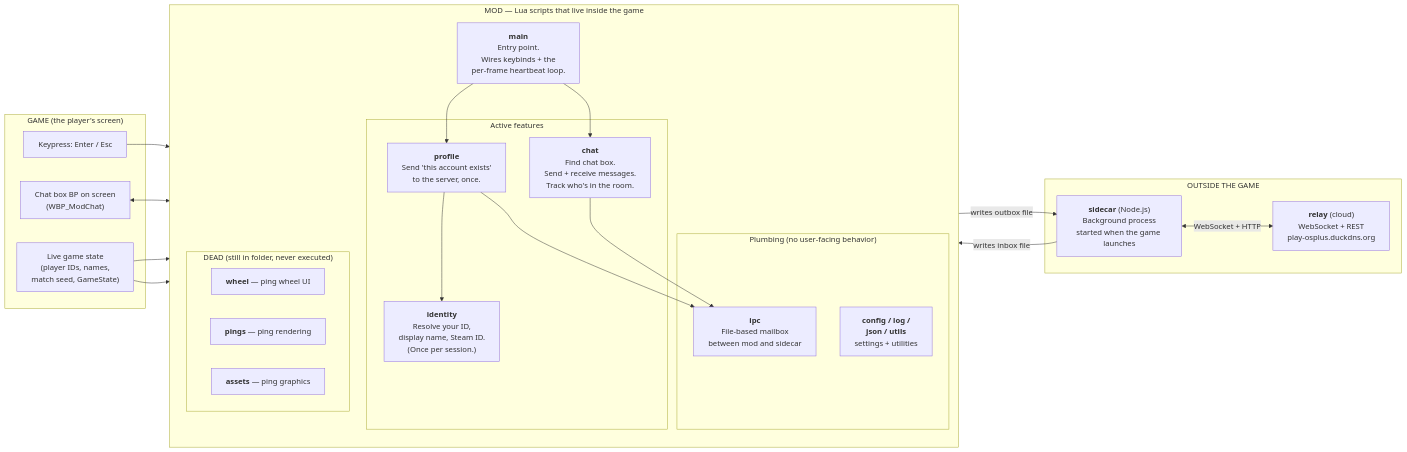
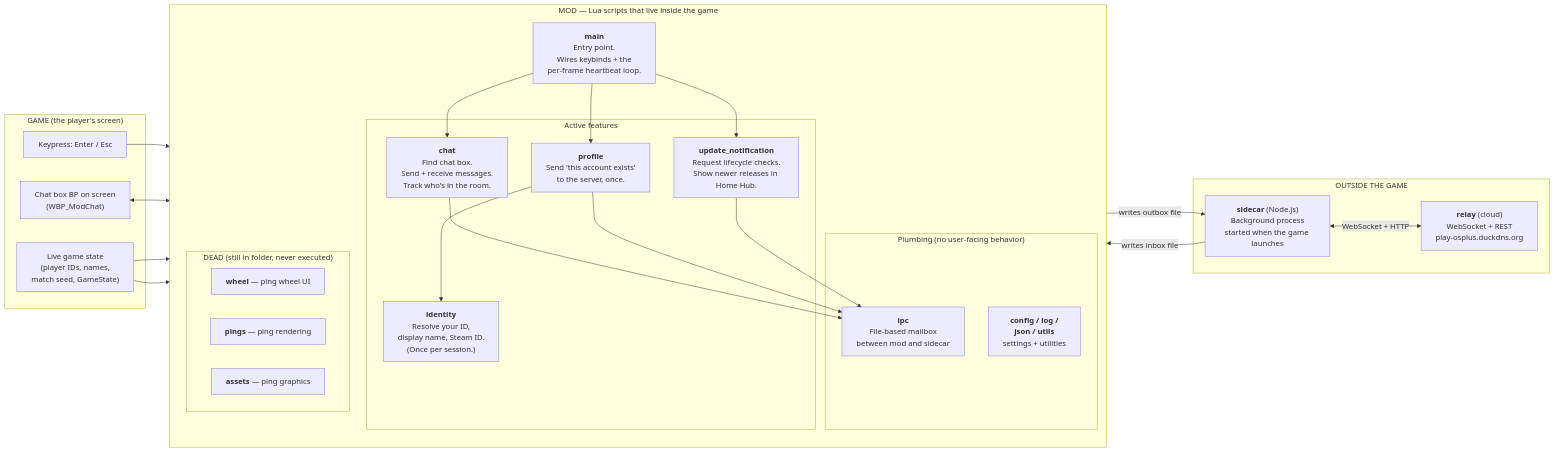
One commit to LuizinhoF/osplus changed the diagram in docs/architecture/mod-scripts.md. Above: the diagram before and after it, drawn with Mermaid. The commit also changed other lines of this file and 45 other files, not shown here.

````diff
--- a/docs/architecture/mod-scripts.md
+++ b/docs/architecture/mod-scripts.md
@@ -23,52 +23,55 @@
 ```mermaid
 flowchart LR
     subgraph game["GAME (the player's screen)"]
         keys["Keypress: Enter / Esc"]
         widget["Chat box BP on screen<br/>(WBP_ModChat)"]
         engine["Live game state<br/>(player IDs, names,<br/>match seed, GameState)"]
     end
 
     subgraph mod["MOD — Lua scripts that live inside the game"]
         direction TB
         main["<b>main</b><br/>Entry point.<br/>Wires keybinds + the<br/>per-frame heartbeat loop."]
 
         subgraph features["Active features"]
             chat["<b>chat</b><br/>Find chat box.<br/>Send + receive messages.<br/>Track who's in the room."]
             identity["<b>identity</b><br/>Resolve your ID,<br/>display name, Steam ID.<br/>(Once per session.)"]
             profile["<b>profile</b><br/>Send 'this account exists'<br/>to the server, once."]
+            update_notice["<b>update_notification</b><br/>Request lifecycle checks.<br/>Show newer releases in Home Hub."]
         end
 
         subgraph plumbing["Plumbing (no user-facing behavior)"]
             ipc["<b>ipc</b><br/>File-based mailbox<br/>between mod and sidecar"]
             helpers["<b>config / log /<br/>json / utils</b><br/>settings + utilities"]
         end
 
         subgraph dead["DEAD (still in folder, never executed)"]
             wheel["<b>wheel</b> — ping wheel UI"]
             pings["<b>pings</b> — ping rendering"]
             assets["<b>assets</b> — ping graphics"]
         end
     end
 
     subgraph outside["OUTSIDE THE GAME"]
         sidecar["<b>sidecar</b> (Node.js)<br/>Background process<br/>started when the game launches"]
         relay["<b>relay</b> (cloud)<br/>WebSocket + REST<br/>play-osplus.duckdns.org"]
     end
 
     keys --> chat
     widget <--> chat
     engine --> identity
     engine --> chat
 
     main --> chat
     main --> profile
+    main --> update_notice
     profile --> identity
 
     chat --> ipc
     profile --> ipc
+    update_notice --> ipc
 
     ipc -- writes outbox file --> sidecar
     sidecar -- writes inbox file --> ipc
 
     sidecar <-- WebSocket + HTTP --> relay
 ```
````
